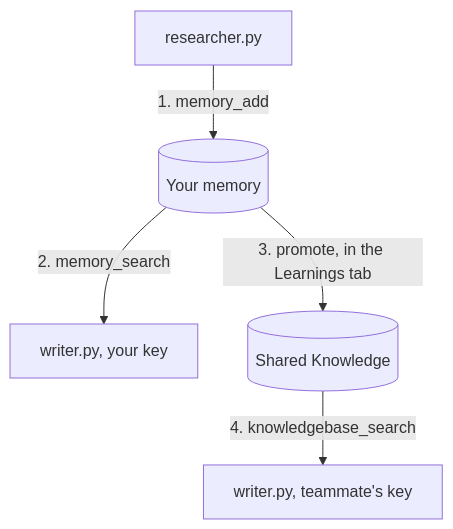
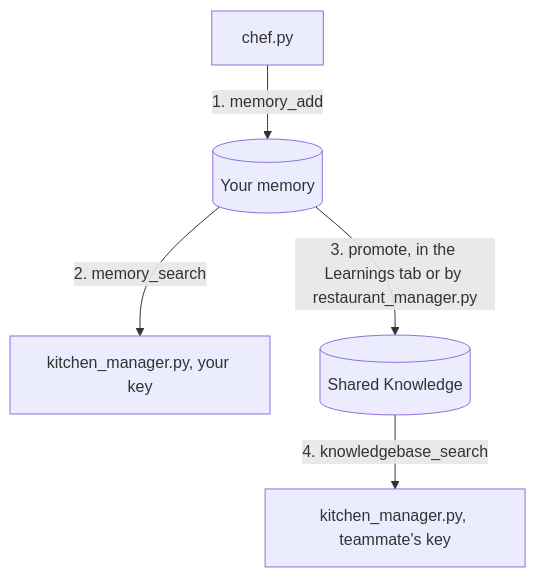
One commit to YugabyteDB-Samples/meko-agent-handoff changed the diagram in README.md. Above: the diagram before and after it, drawn with Mermaid. The commit also changed other lines of this file and 10 other files, not shown here.

````diff
--- a/README.md
+++ b/README.md
@@ -38,7 +38,7 @@
 ```mermaid
 flowchart TD
-R["researcher.py"] -->|"1. memory_add"| M[("Your memory")]
-M -->|"2. memory_search"| W["writer.py, your key"]
-M -->|"3. promote, in the Learnings tab"| K[("Shared Knowledge")]
-K -->|"4. knowledgebase_search"| T["writer.py, teammate's key"]
+R["chef.py"] -->|"1. memory_add"| M[("Your memory")]
+M -->|"2. memory_search"| W["kitchen_manager.py, your key"]
+M -->|"3. promote, in the Learnings tab or by restaurant_manager.py"| K[("Shared Knowledge")]
+K -->|"4. knowledgebase_search"| T["kitchen_manager.py, teammate's key"]
 ```
````
